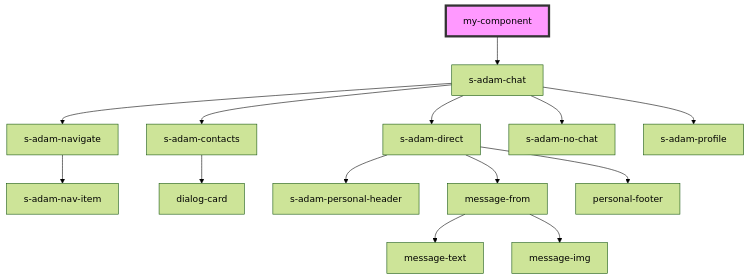
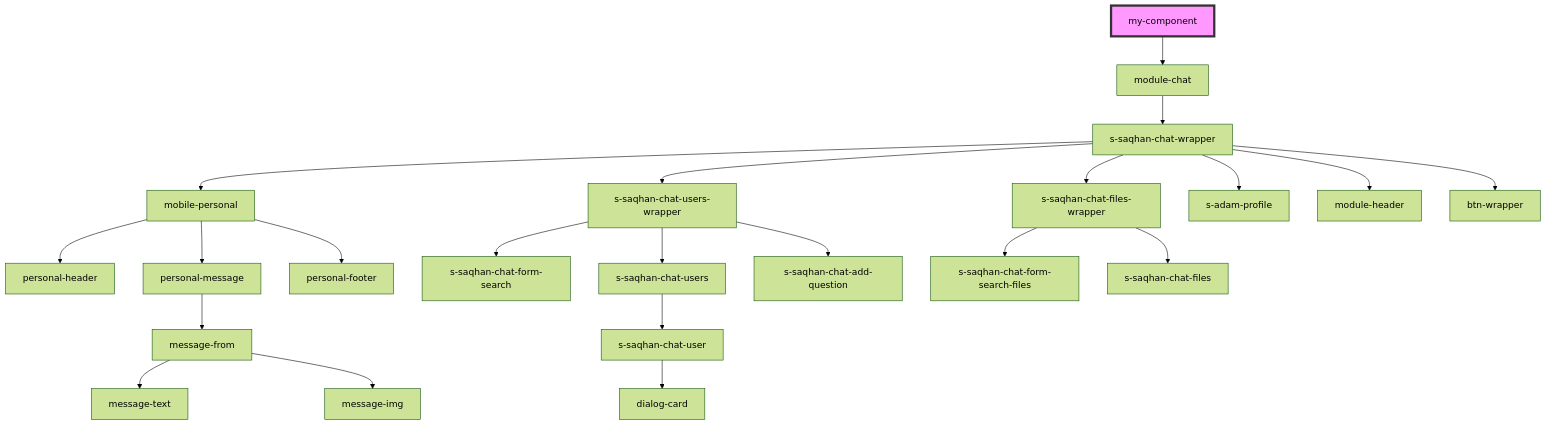
The diagram in src/components/my-component/readme.md (saqhan/stencil-chat), drawn with Mermaid (forest theme) before and after one commit. The commit also changed other lines of this file and 52 other files, not shown here.

````diff
--- a/src/components/my-component/readme.md
+++ b/src/components/my-component/readme.md
@@ -13,17 +13,25 @@
 ```mermaid
 graph TD;
-  my-component --> s-adam-chat
-  s-adam-chat --> s-adam-navigate
-  s-adam-chat --> s-adam-contacts
-  s-adam-chat --> s-adam-direct
-  s-adam-chat --> s-adam-no-chat
-  s-adam-chat --> s-adam-profile
-  s-adam-navigate --> s-adam-nav-item
-  s-adam-contacts --> dialog-card
-  s-adam-direct --> s-adam-personal-header
-  s-adam-direct --> message-from
-  s-adam-direct --> personal-footer
+  my-component --> module-chat
+  module-chat --> s-saqhan-chat-wrapper
+  s-saqhan-chat-wrapper --> mobile-personal
+  s-saqhan-chat-wrapper --> s-saqhan-chat-users-wrapper
+  s-saqhan-chat-wrapper --> s-saqhan-chat-files-wrapper
+  s-saqhan-chat-wrapper --> s-adam-profile
+  s-saqhan-chat-wrapper --> module-header
+  s-saqhan-chat-wrapper --> btn-wrapper
+  mobile-personal --> personal-header
+  mobile-personal --> personal-message
+  mobile-personal --> personal-footer
+  personal-message --> message-from
   message-from --> message-text
   message-from --> message-img
+  s-saqhan-chat-users-wrapper --> s-saqhan-chat-form-search
+  s-saqhan-chat-users-wrapper --> s-saqhan-chat-users
+  s-saqhan-chat-users-wrapper --> s-saqhan-chat-add-question
+  s-saqhan-chat-users --> s-saqhan-chat-user
+  s-saqhan-chat-user --> dialog-card
+  s-saqhan-chat-files-wrapper --> s-saqhan-chat-form-search-files
+  s-saqhan-chat-files-wrapper --> s-saqhan-chat-files
   style my-component fill:#f9f,stroke:#333,stroke-width:4px
 ```
````
